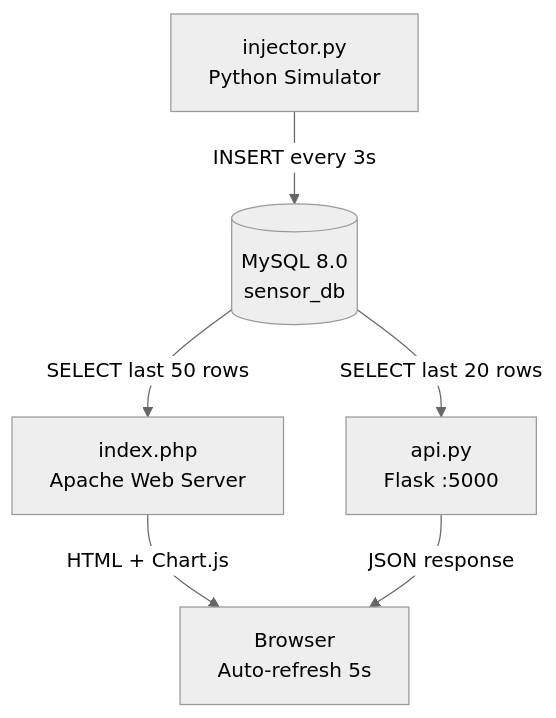
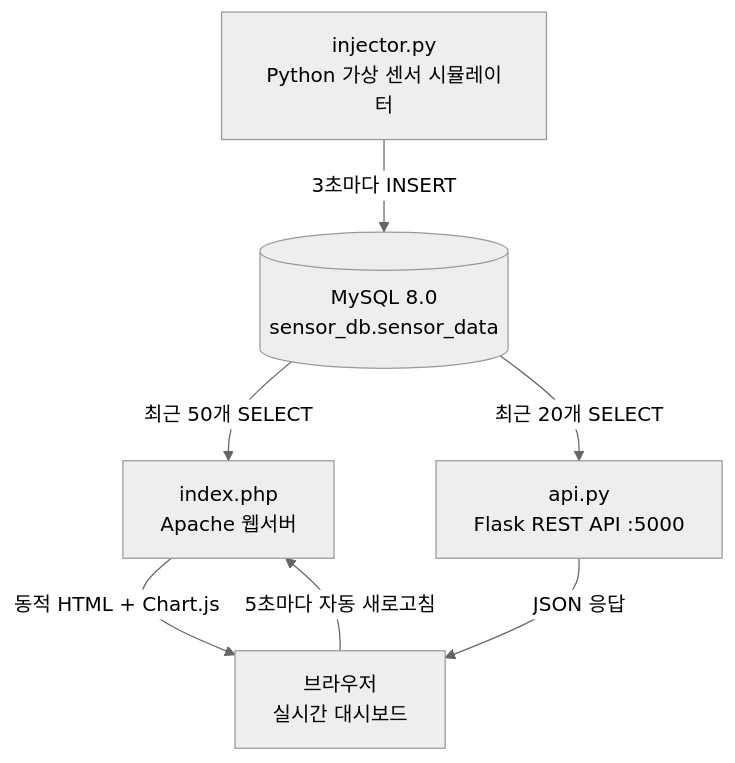
Before and after one commit to Userlsj-project/sensor-dashboard: the diagram in process.md, drawn with Mermaid (neutral theme). The commit also changed other lines of this file and 2 other files, not shown here.

Commit message:
한국어 문서 업데이트 및 Mermaid 블럭도 추가

````diff
--- a/process.md
+++ b/process.md
@@ -65,8 +78,9 @@
 ```mermaid
 graph TD
-  A[injector.py<br/>Python Simulator] -->|INSERT every 3s| B[(MySQL 8.0<br/>sensor_db)]
-  B -->|SELECT last 50 rows| C[index.php<br/>Apache Web Server]
-  B -->|SELECT last 20 rows| D[api.py<br/>Flask :5000]
-  C -->|HTML + Chart.js| E[Browser<br/>Auto-refresh 5s]
-  D -->|JSON response| E
+    A[injector.py<br/>Python 가상 센서 시뮬레이터] -->|3초마다 INSERT| B[(MySQL 8.0<br/>sensor_db.sensor_data)]
+    B -->|최근 50개 SELECT| C[index.php<br/>Apache 웹서버]
+    B -->|최근 20개 SELECT| D[api.py<br/>Flask REST API :5000]
+    C -->|동적 HTML + Chart.js| E[브라우저<br/>실시간 대시보드]
+    D -->|JSON 응답| E
+    E -->|5초마다 자동 새로고침| C
 ```
````
